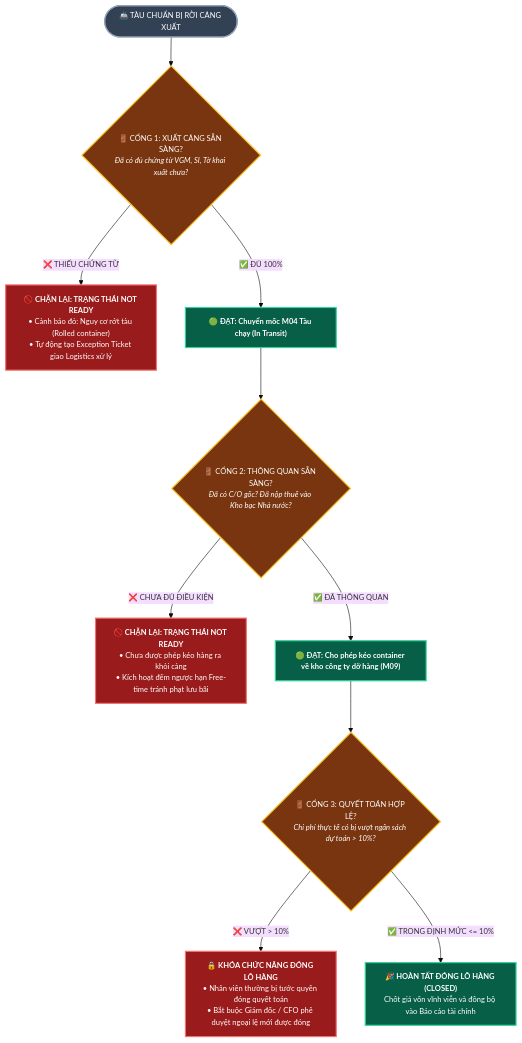
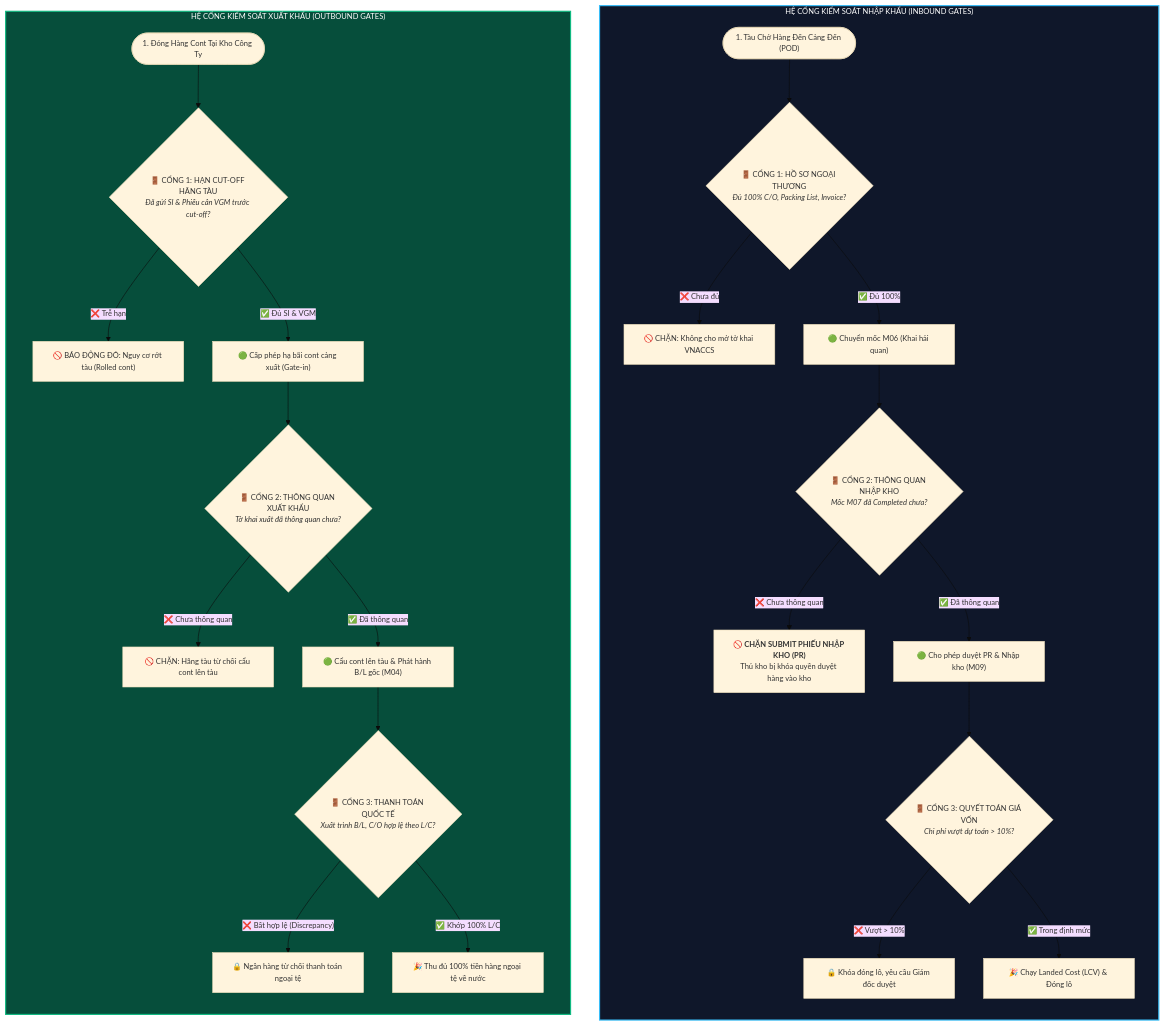
One commit to capkimkhanh2k5/Logistics_ERPNext_RAG changed the third of 3 diagrams in KIEN_TRUC_HE_THONG_QUAN_TRI_XUAT_NHAP_KHAU.md. Above: the diagram before and after it, drawn with Mermaid. The commit also changed other lines of this file, not shown here.

Commit message:
docs: upgrade architecture documentation with Dual-Stream Inbound & Outbound, Stage Gates, and RACI

````diff
--- a/KIEN_TRUC_HE_THONG_QUAN_TRI_XUAT_NHAP_KHAU.md
+++ b/KIEN_TRUC_HE_THONG_QUAN_TRI_XUAT_NHAP_KHAU.md
@@ -157,29 +176,36 @@
 ```mermaid
-%%{init: {'theme': 'base', 'themeVariables': { 'fontFamily': 'Arial, sans-serif', 'fontSize': '13px'}}}%%
+%%{init: {'theme': 'base', 'themeVariables': { 'fontFamily': 'Segoe UI, Arial, sans-serif', 'fontSize': '13px'}}}%%
 flowchart TD
-    START(["🚢 TÀU CHUẨN BỊ RỜI CẢNG XUẤT"]) --> G1{"🚪 CỔNG 1: XUẤT CẢNG SẴN SÀNG?<br><i>Đã có đủ chứng từ VGM, SI, Tờ khai xuất chưa?</i>"}
+    subgraph GATES_IN["HỆ CỔNG KIỂM SOÁT NHẬP KHẨU (INBOUND GATES)"]
+        direction TB
+        IN_START(["1. Tàu Chở Hàng Đến Cảng Đến (POD)"]) --> IN_G1{"🚪 CỔNG 1: HỒ SƠ NGOẠI THƯƠNG<br><i>Đủ 100% C/O, Packing List, Invoice?</i>"}
+        IN_G1 -- "❌ Chưa đủ" --> IN_STOP1["🚫 CHẶN: Không cho mở tờ khai VNACCS"]
+        IN_G1 -- "✅ Đủ 100%" --> IN_PASS1["🟢 Chuyển mốc M06 (Khai hải quan)"]
+        
+        IN_PASS1 --> IN_G2{"🚪 CỔNG 2: THÔNG QUAN NHẬP KHO<br><i>Mốc M07 đã Completed chưa?</i>"}
+        IN_G2 -- "❌ Chưa thông quan" --> IN_STOP2["🚫 <b>CHẶN SUBMIT PHIẾU NHẬP KHO (PR)</b><br>Thủ kho bị khóa quyền duyệt hàng vào kho"]
+        IN_G2 -- "✅ Đã thông quan" --> IN_PASS2["🟢 Cho phép duyệt PR & Nhập kho (M09)"]
 
-    G1 -- "❌ THIẾU CHỨNG TỪ" --> STOP1["🚫 <b>CHẶN LẠI: TRẠNG THÁI NOT READY</b><br>• Cảnh báo đỏ: Nguy cơ rớt tàu (Rolled container)<br>• Tự động tạo Exception Ticket giao Logistics xử lý"]
-    G1 -- "✅ ĐỦ 100%" --> PASS1["🟢 <b>ĐẠT: Chuyển mốc M04 Tàu chạy (In Transit)</b>"]
+        IN_PASS2 --> IN_G3{"🚪 CỔNG 3: QUYẾT TOÁN GIÁ VỐN<br><i>Chi phí vượt dự toán > 10%?</i>"}
+        IN_G3 -- "❌ Vượt > 10%" --> IN_STOP3["🔒 Khóa đóng lô, yêu cầu Giám đốc duyệt"]
+        IN_G3 -- "✅ Trong định mức" --> IN_PASS3["🎉 Chạy Landed Cost (LCV) & Đóng lô"]
+    end
 
-    PASS1 --> G2{"🚪 CỔNG 2: THÔNG QUAN SẴN SÀNG?<br><i>Đã có C/O gốc? Đã nộp thuế vào Kho bạc Nhà nước?</i>"}
-    G2 -- "❌ CHƯA ĐỦ ĐIỀU KIỆN" --> STOP2["🚫 <b>CHẶN LẠI: TRẠNG THÁI NOT READY</b><br>• Chưa được phép kéo hàng ra khỏi cảng<br>• Kích hoạt đếm ngược hạn Free-time tránh phạt lưu bãi"]
-    G2 -- "✅ ĐÃ THÔNG QUAN" --> PASS2["🟢 <b>ĐẠT: Cho phép kéo container về kho công ty dỡ hàng (M09)</b>"]
+    subgraph GATES_OUT["HỆ CỔNG KIỂM SOÁT XUẤT KHẨU (OUTBOUND GATES)"]
+        direction TB
+        OUT_START(["1. Đóng Hàng Cont Tại Kho Công Ty"]) --> OUT_G1{"🚪 CỔNG 1: HẠN CUT-OFF HÃNG TÀU<br><i>Đã gửi SI & Phiếu cân VGM trước cut-off?</i>"}
+        OUT_G1 -- "❌ Trễ hạn" --> OUT_STOP1["🚫 BÁO ĐỘNG ĐỎ: Nguy cơ rớt tàu (Rolled cont)"]
+        OUT_G1 -- "✅ Đủ SI & VGM" --> OUT_PASS1["🟢 Cấp phép hạ bãi cont cảng xuất (Gate-in)"]
 
-    PASS2 --> G3{"🚪 CỔNG 3: QUYẾT TOÁN HỢP LỆ?<br><i>Chi phí thực tế có bị vượt ngân sách dự toán > 10%?</i>"}
-    G3 -- "❌ VƯỢT > 10%" --> STOP3["🔒 <b>KHÓA CHỨC NĂNG ĐÓNG LÔ HÀNG</b><br>• Nhân viên thường bị tước quyền đóng quyết toán<br>• Bắt buộc Giám đốc / CFO phê duyệt ngoại lệ mới được đóng"]
-    G3 -- "✅ TRONG ĐỊNH MỨC <= 10%" --> PASS3["🎉 <b>HOÀN TẤT ĐÓNG LÔ HÀNG (CLOSED)</b><br>Chốt giá vốn vĩnh viễn và đồng bộ vào Báo cáo tài chính"]
+        OUT_PASS1 --> OUT_G2{"🚪 CỔNG 2: THÔNG QUAN XUẤT KHẨU<br><i>Tờ khai xuất đã thông quan chưa?</i>"}
+        OUT_G2 -- "❌ Chưa thông quan" --> OUT_STOP2["🚫 CHẶN: Hãng tàu từ chối cẩu cont lên tàu"]
+        OUT_G2 -- "✅ Đã thông quan" --> OUT_PASS2["🟢 Cẩu cont lên tàu & Phát hành B/L gốc (M04)"]
 
-    style START fill:#334155,stroke:#94A3B8,color:#FFFFFF,stroke-width:2px
-    style G1 fill:#78350F,stroke:#FBBF24,color:#FFFFFF,stroke-width:2px
-    style G2 fill:#78350F,stroke:#FBBF24,color:#FFFFFF,stroke-width:2px
-    style G3 fill:#78350F,stroke:#FBBF24,color:#FFFFFF,stroke-width:2px
+        OUT_PASS2 --> OUT_G3{"🚪 CỔNG 3: THANH TOÁN QUỐC TẾ<br><i>Xuất trình B/L, C/O hợp lệ theo L/C?</i>"}
+        OUT_G3 -- "❌ Bất hợp lệ (Discrepancy)" --> OUT_STOP3["🔒 Ngân hàng từ chối thanh toán ngoại tệ"]
+        OUT_G3 -- "✅ Khớp 100% L/C" --> OUT_PASS3["🎉 Thu đủ 100% tiền hàng ngoại tệ về nước"]
+    end
 
-    style STOP1 fill:#991B1B,stroke:#F87171,color:#FFFFFF,stroke-width:2px
-    style STOP2 fill:#991B1B,stroke:#F87171,color:#FFFFFF,stroke-width:2px
-    style STOP3 fill:#991B1B,stroke:#F87171,color:#FFFFFF,stroke-width:2px
-
-    style PASS1 fill:#065F46,stroke:#34D399,color:#FFFFFF,stroke-width:2px
-    style PASS2 fill:#065F46,stroke:#34D399,color:#FFFFFF,stroke-width:2px
-    style PASS3 fill:#065F46,stroke:#34D399,color:#FFFFFF,stroke-width:2px
+    style GATES_IN fill:#0F172A,stroke:#38BDF8,stroke-width:2px,color:#FFFFFF
+    style GATES_OUT fill:#064E3B,stroke:#10B981,stroke-width:2px,color:#FFFFFF
 ```
````
